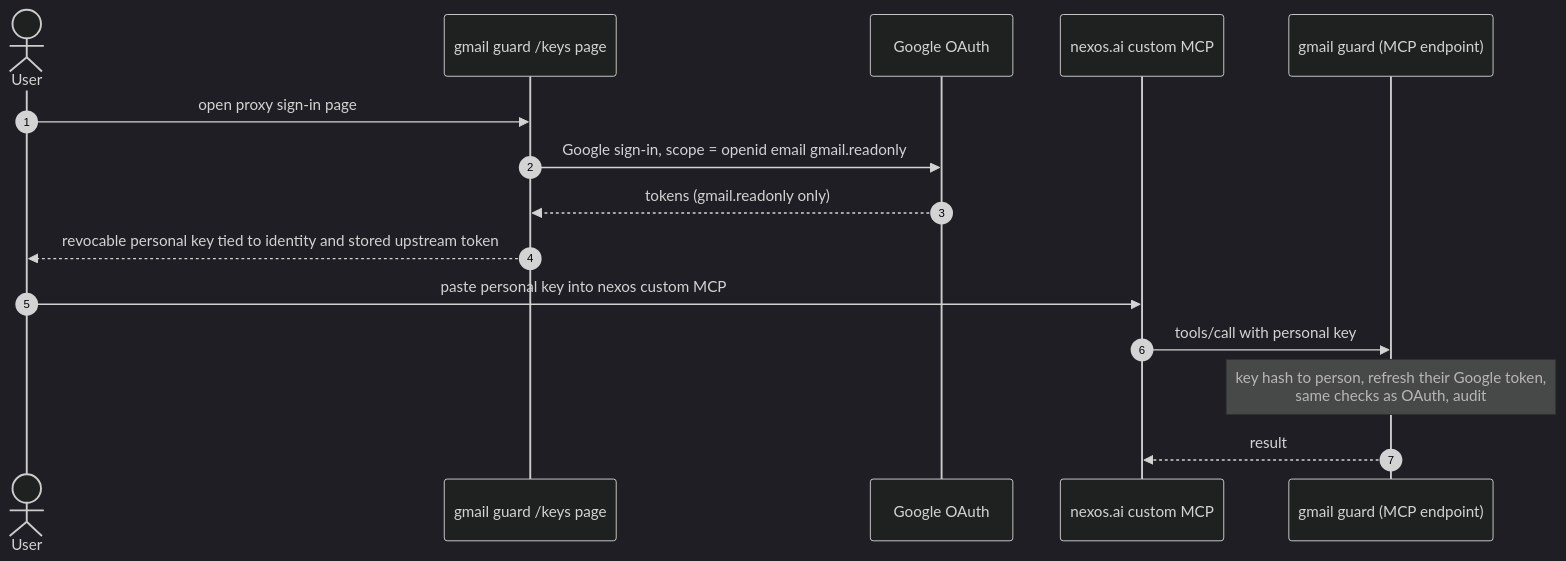
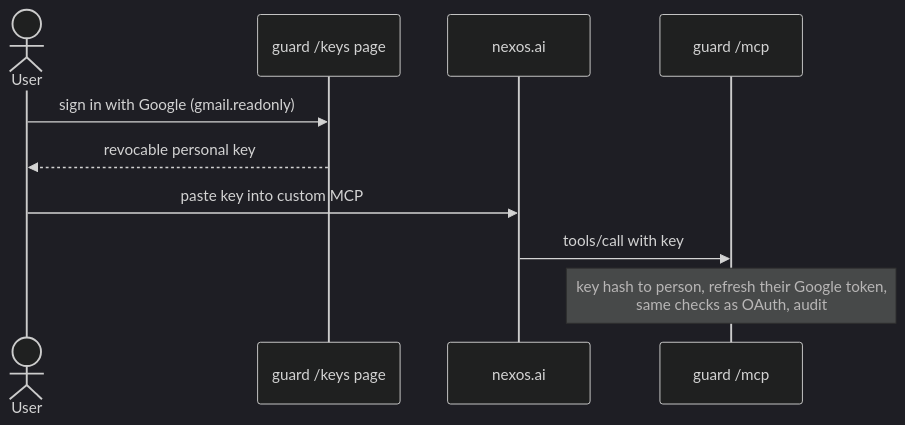
The second of 2 diagrams in docs/proxy-design.md (rokasce/mcp-readonly-proxies), drawn with Mermaid (dark theme) before and after one commit. The commit also changed other lines of this file and 38 other files, not shown here.

Commit message:
Make the docs short and easy to read: rewrite README, DEPLOY, findings, design, reference docs and runbooks (about 29k to 13k words); merge the open and stakeholder questions into docs/questions.md for leadership; fold the nexos runbook into nexos-setup; drop unused screenshots

````diff
--- a/docs/proxy-design.md
+++ b/docs/proxy-design.md
@@ -116,18 +56,12 @@
 ```mermaid
 sequenceDiagram
-  autonumber
   actor U as User
-  participant W as gmail guard /keys page
-  participant G as Google OAuth
-  participant N as nexos.ai custom MCP
-  participant P as gmail guard (MCP endpoint)
-
-  U->>W: open proxy sign-in page
-  W->>G: Google sign-in, scope = openid email gmail.readonly
-  G-->>W: tokens (gmail.readonly only)
-  W-->>U: revocable personal key tied to identity and stored upstream token
-  U->>N: paste personal key into nexos custom MCP
-  N->>P: tools/call with personal key
+  participant W as guard /keys page
+  participant N as nexos.ai
+  participant P as guard /mcp
+  U->>W: sign in with Google (gmail.readonly)
+  W-->>U: revocable personal key
+  U->>N: paste key into custom MCP
+  N->>P: tools/call with key
   Note over P: key hash to person, refresh their Google token,<br/>same checks as OAuth, audit
-  P-->>N: result
 ```
````
